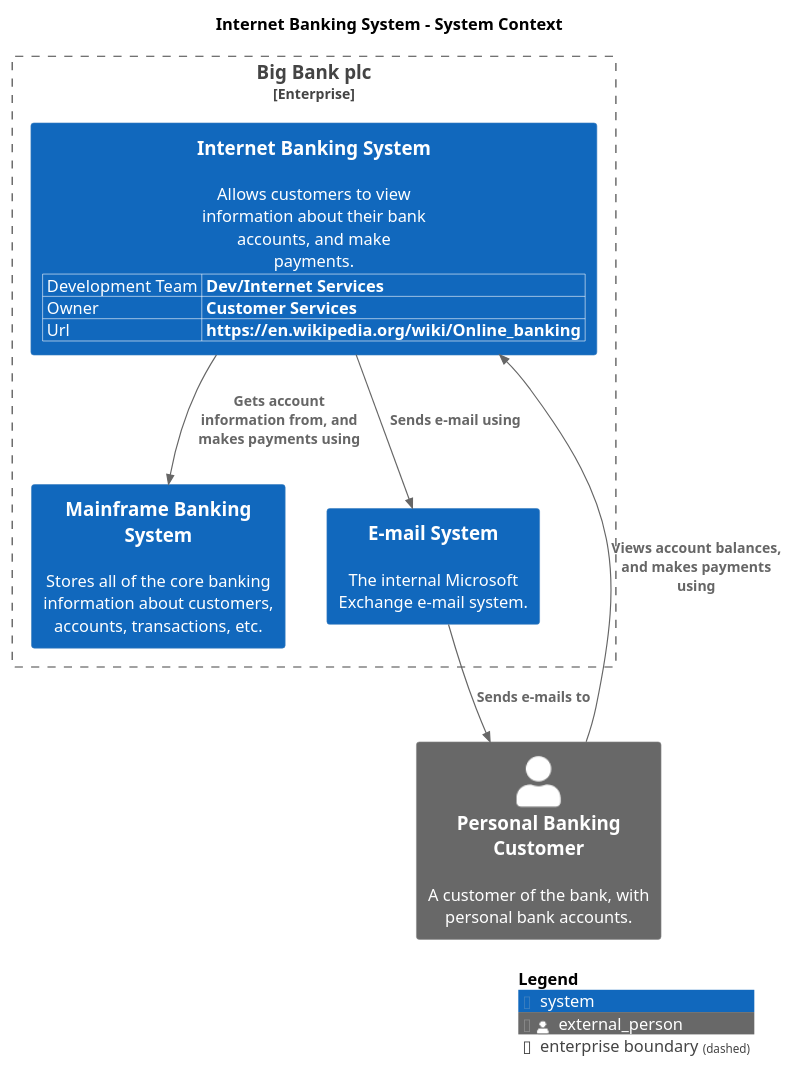
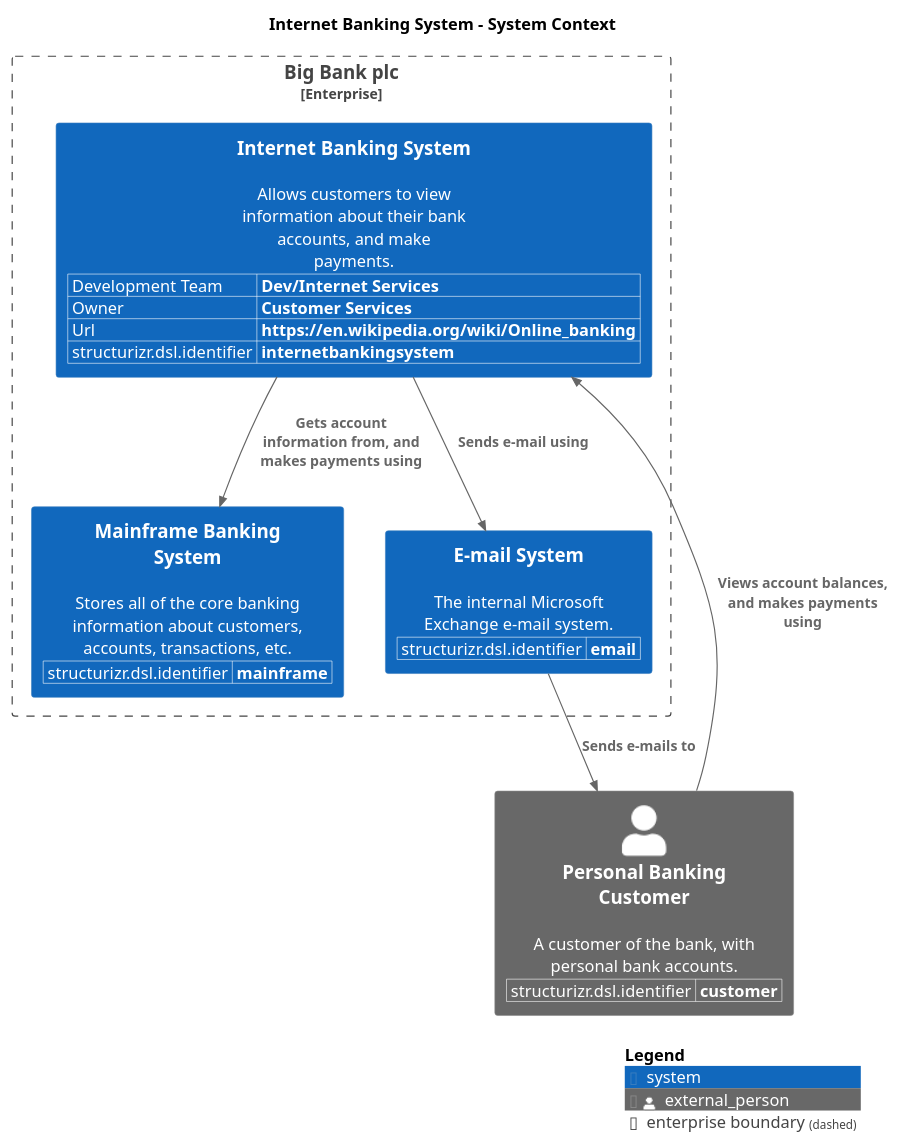
Before and after one commit to avisi-cloud/structurizr-site-generatr: the diagram in puml/SystemContext-SystemContext.puml, drawn with PlantUML. The commit also changed 78 other files, not shown here.

```diff
--- a/puml/SystemContext-SystemContext.puml
+++ b/puml/SystemContext-SystemContext.puml
@@ -1,29 +1,37 @@
 @startuml
+set separator none
 title Internet Banking System - System Context
 
 top to bottom direction
 
 !include https://raw.githubusercontent.com/plantuml-stdlib/C4-PlantUML/master/C4.puml
 !include https://raw.githubusercontent.com/plantuml-stdlib/C4-PlantUML/master/C4_Context.puml
 
 skinparam svgDimensionStyle false
 skinparam preserveAspectRatio meet
 Enterprise_Boundary(enterprise, "Big Bank plc") {
+  WithoutPropertyHeader()
+  AddProperty("structurizr.dsl.identifier","mainframe")
   System(MainframeBankingSystem, "Mainframe Banking System", "Stores all of the core banking information about customers, accounts, transactions, etc.", $tags="")[[../../mainframe-banking-system/context/]]
+  WithoutPropertyHeader()
+  AddProperty("structurizr.dsl.identifier","email")
   System(EmailSystem, "E-mail System", "The internal Microsoft Exchange e-mail system.", $tags="")[[../../e-mail-system/context/]]
   WithoutPropertyHeader()
   AddProperty("Development Team","Dev/Internet Services")
   AddProperty("Owner","Customer Services")
   AddProperty("Url","https://en.wikipedia.org/wiki/Online_banking")
+  AddProperty("structurizr.dsl.identifier","internetbankingsystem")
   System(InternetBankingSystem, "Internet Banking System", "Allows customers to view information about their bank accounts, and make payments.", $tags="")
 }
 
+WithoutPropertyHeader()
+AddProperty("structurizr.dsl.identifier","customer")
 Person_Ext(PersonalBankingCustomer, "Personal Banking Customer", "A customer of the bank, with personal bank accounts.", $tags="")
 
 Rel_D(PersonalBankingCustomer, InternetBankingSystem, "Views account balances, and makes payments using", $tags="")
 Rel_D(InternetBankingSystem, MainframeBankingSystem, "Gets account information from, and makes payments using", $tags="")
 Rel_D(InternetBankingSystem, EmailSystem, "Sends e-mail using", $tags="")
 Rel_D(EmailSystem, PersonalBankingCustomer, "Sends e-mails to", $tags="")
 
 SHOW_LEGEND(true)
 @enduml
```
